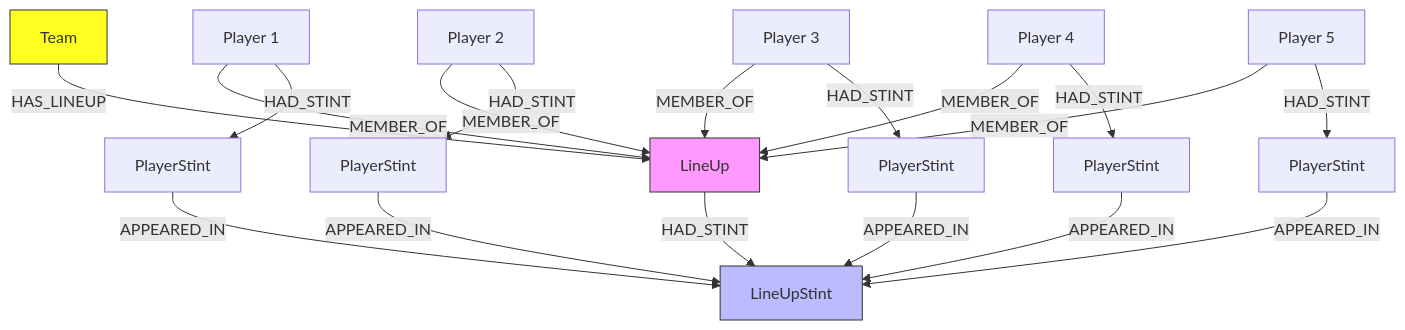
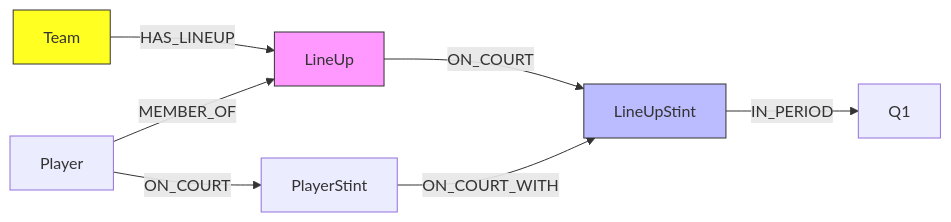
The sixth of 6 diagrams in docs/schema.md (lorenzoliuzzo/MBAI-gdb), drawn with Mermaid before and after one commit. The commit also changed other lines of this file and 2 other files, not shown here.

Commit message:
Some more changes to the documentation. Changed some naming conventions for links in the graph.

````diff
--- a/docs/schema.md
+++ b/docs/schema.md
@@ -140,34 +252,24 @@
 ```mermaid
-graph TB
+graph LR
+    Q[Q1]
+
     T[Team]
     style T fill:#ff2,stroke:#333
 
     L[LineUp]
     style L fill:#f9f,stroke:#333
 
     T -->|HAS_LINEUP| L
 
     LS[LineUpStint]
     style LS fill:#bbf,stroke:#333
     
-    P1[Player 1]
-    P2[Player 2]
-    P3[Player 3]
-    P4[Player 4]
-    P5[Player 5]
+    P[Player]
+    PS[PlayerStint]
 
-    PS1[PlayerStint]
-    PS2[PlayerStint]
-    PS3[PlayerStint]
-    PS4[PlayerStint]
-    PS5[PlayerStint]
-
-    L -->|HAD_STINT| LS
-    P1 & P2 & P3 & P4 & P5 -->|MEMBER_OF| L
-    PS1 & PS2 & PS3 & PS4 & PS5 -->|APPEARED_IN| LS
-    P1 -->|HAD_STINT| PS1
-    P2 -->|HAD_STINT| PS2
-    P3 -->|HAD_STINT| PS3
-    P4 -->|HAD_STINT| PS4
-    P5 -->|HAD_STINT| PS5
+    L -->|ON_COURT| LS
+    LS -->|IN_PERIOD| Q
+    P -->|MEMBER_OF| L
+    PS -->|ON_COURT_WITH| LS
+    P -->|ON_COURT| PS
 ```
````
